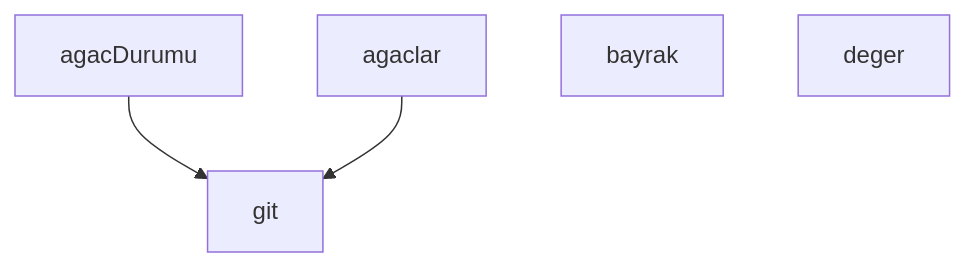
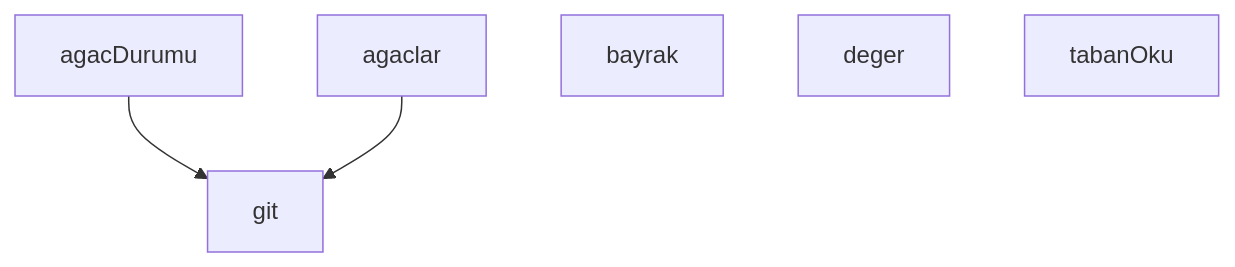
One commit to peckop/venthub-hvac-esite changed the diagram in scripts/hijyen/kirli-sayac.md. Above: the diagram before and after it, drawn with Mermaid. The commit also changed other lines of this file, not shown here.

````diff
--- a/scripts/hijyen/kirli-sayac.md
+++ b/scripts/hijyen/kirli-sayac.md
@@ -120,10 +174,11 @@
 ```mermaid
 graph TD
     kirli-sayac_cjs__agacDurumu["agacDurumu"]
     kirli-sayac_cjs__agaclar["agaclar"]
     kirli-sayac_cjs__bayrak["bayrak"]
     kirli-sayac_cjs__deger["deger"]
     kirli-sayac_cjs__git["git"]
+    kirli-sayac_cjs__tabanOku["tabanOku"]
     kirli-sayac_cjs__agacDurumu --> kirli-sayac_cjs__git
     kirli-sayac_cjs__agaclar --> kirli-sayac_cjs__git
 ```
````
